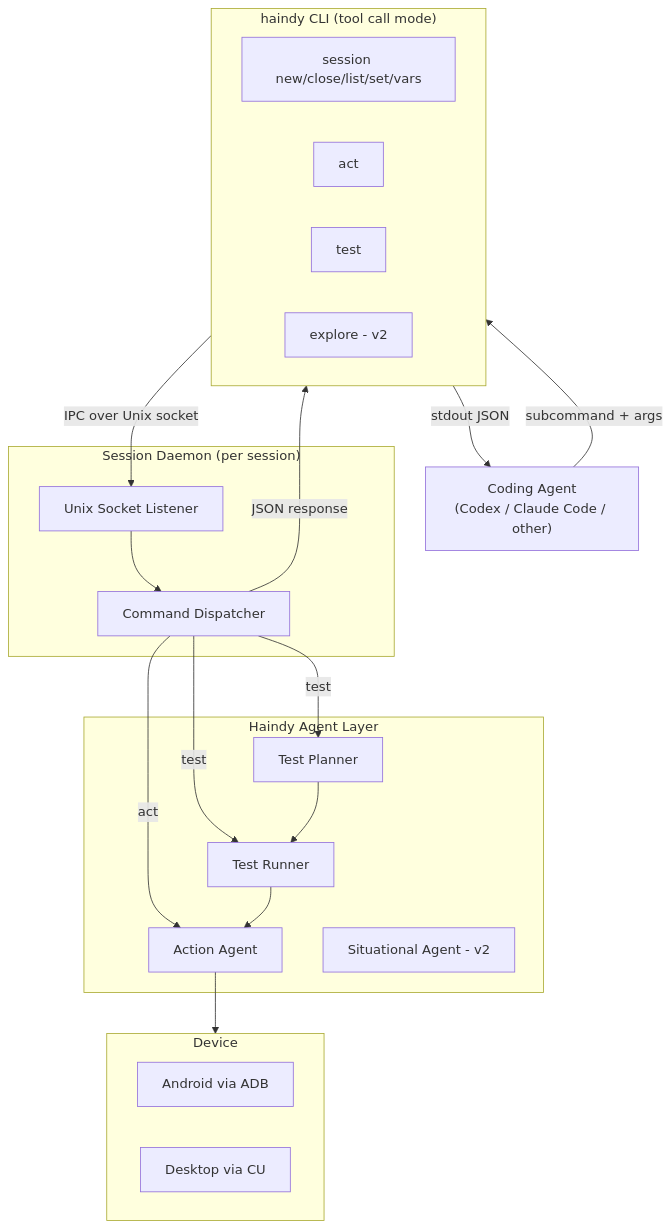
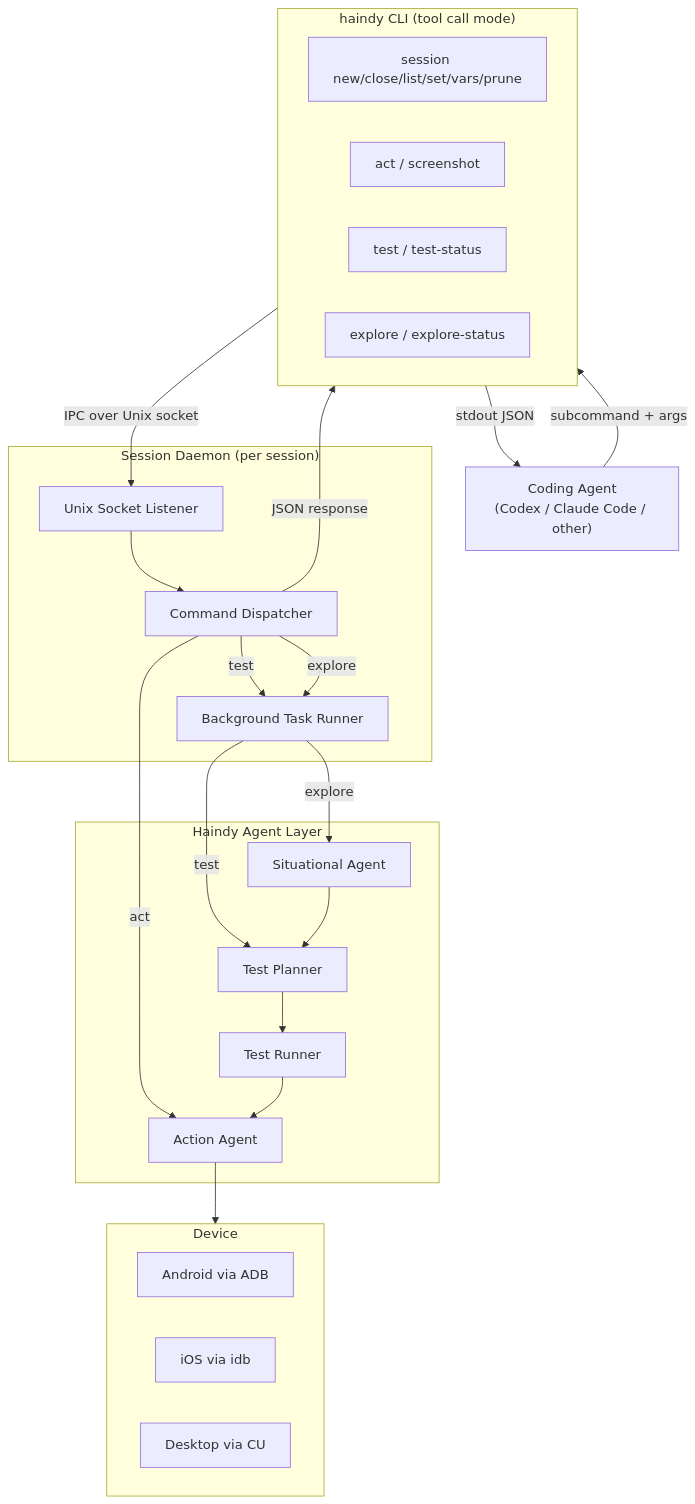
Before and after one commit to Haindy/haindy: the diagram in docs/design/tool-call-mode/OVERVIEW.md, drawn with Mermaid. The commit also changed other lines of this file and 3 other files, not shown here.

````diff
--- a/docs/design/tool-call-mode/OVERVIEW.md
+++ b/docs/design/tool-call-mode/OVERVIEW.md
@@ -43,43 +44,48 @@
 ```mermaid
 flowchart TD
     CA["Coding Agent\n(Codex / Claude Code / other)"]
 
     subgraph CLI ["haindy CLI (tool call mode)"]
-        SC[session new/close/list/set/vars]
-        ACT[act]
-        TEST[test]
-        EXP[explore - v2]
+        SC[session new/close/list/set/vars/prune]
+        ACT[act / screenshot]
+        TEST[test / test-status]
+        EXP[explore / explore-status]
     end
 
     subgraph DAEMON ["Session Daemon (per session)"]
         SOCK[Unix Socket Listener]
         DISP[Command Dispatcher]
+        BG[Background Task Runner]
     end
 
     subgraph AGENTS ["Haindy Agent Layer"]
         AA[Action Agent]
         TR[Test Runner]
         TP[Test Planner]
-        SIT[Situational Agent - v2]
+        SIT[Situational Agent]
     end
 
     subgraph DEVICE ["Device"]
         ADB[Android via ADB]
+        IDB[iOS via idb]
         DT[Desktop via CU]
     end
 
     CA -->|subcommand + args| CLI
     CLI -->|IPC over Unix socket| SOCK
     SOCK --> DISP
 
     DISP -->|act| AA
-    DISP -->|test| TP
-    DISP -->|test| TR
+    DISP -->|test| BG
+    DISP -->|explore| BG
+    BG -->|test| TP
+    BG -->|explore| SIT
 
+    SIT --> TP
+    TP --> TR
+    TR --> AA
     AA --> DEVICE
-    TR --> AA
-    TP --> TR
 
     DISP -->|JSON response| CLI
     CLI -->|stdout JSON| CA
 ```
````
